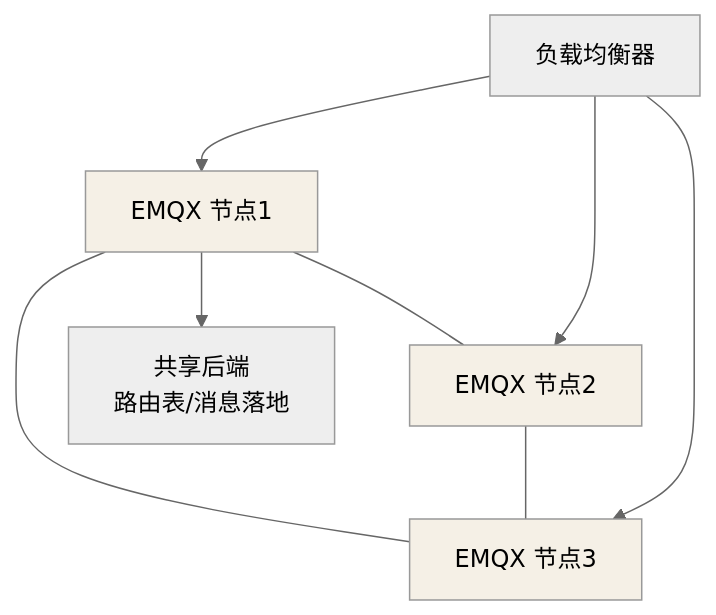
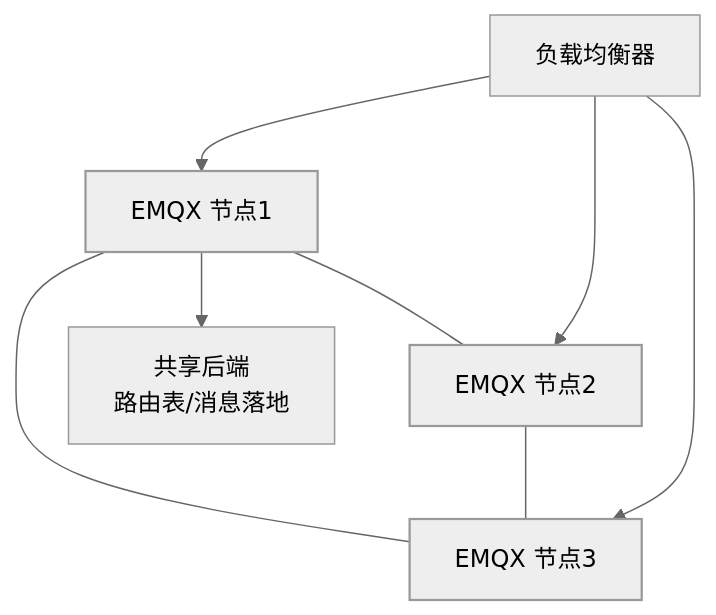
Before and after one commit to Loadhao/ascension: the diagram in src/content/docs/mqtt/intermediate/usage/01-broker-emqx.md, drawn with Mermaid (neutral theme). The commit also changed 87 other files, not shown here.

First line of the commit message:
fix: 全站图表配色改由主题接管，修复暗色主题下浅底浅字看不清

````diff
--- a/src/content/docs/mqtt/intermediate/usage/01-broker-emqx.md
+++ b/src/content/docs/mqtt/intermediate/usage/01-broker-emqx.md
@@ -22,13 +22,14 @@
 ```mermaid
 flowchart TB
     LB["负载均衡器"] --> N1["EMQX 节点1"]
     LB --> N2["EMQX 节点2"]
     LB --> N3["EMQX 节点3"]
     N1 --- N2 --- N3 --- N1
     N1 --> S["共享后端<br/>路由表/消息落地"
 ]
 
-    style N1 fill:#f5f0e6
-    style N2 fill:#f5f0e6
-    style N3 fill:#f5f0e6
+    class N1 hl
+    class N2 hl
+    class N3 hl
+    classDef hl stroke-width:1.5px
 ```
````
